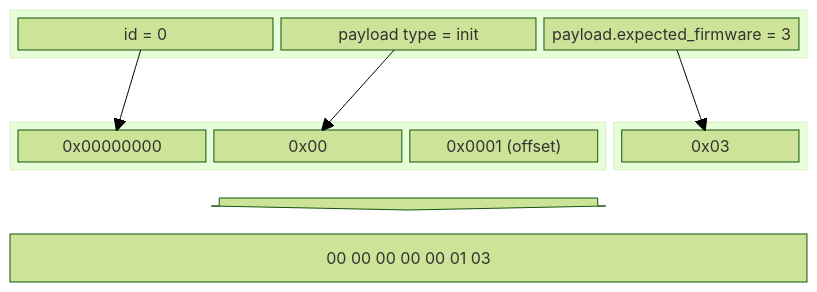
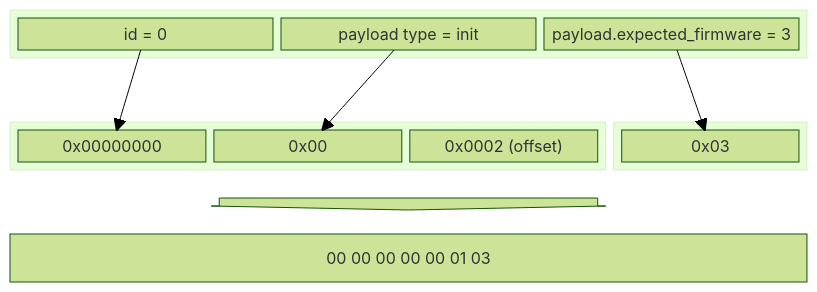
Before and after one commit to ZachDaChampion/simple-buffers: the fourth of 5 diagrams in README.md, drawn with Mermaid (forest theme). The commit also changed other lines of this file, not shown here.

Commit message:
Correct offset values in readme

````diff
--- a/README.md
+++ b/README.md
@@ -203,27 +203,27 @@
 ```mermaid
 block-beta
     columns 4
 
     block:braw:4
         rawid["id = 0"]
         rawpayloadtype["payload type = init"]
         rawfw["payload.expected_firmware = 3"]
     end
     space:4
     block:bser0:3
         serid["0x00000000"]
         serpayloadtype["0x00"]
-        serpayloadoffset["0x0001 (offset)"]
+        serpayloadoffset["0x0002 (offset)"]
     end
     block:serdyn:1
         serfw["0x03"]
     end
     space:1 down<[" "]>(down):2 space:1
     block:final:4
         final["00 00 00 00 00 01 03"]:4
     end
 
     rawid-->serid
     rawpayloadtype-->serpayloadtype
     rawfw-->serfw
 ```
````
